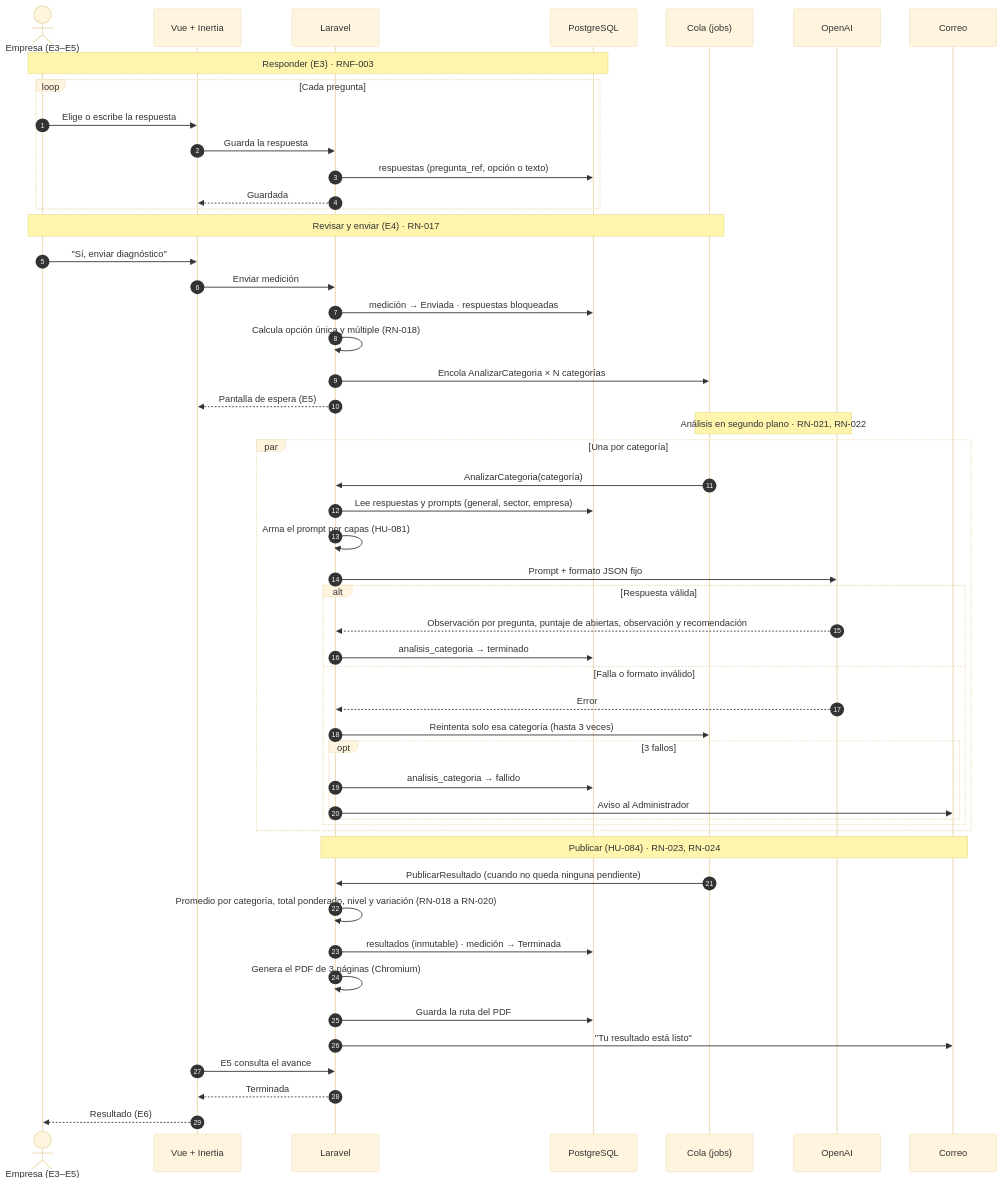
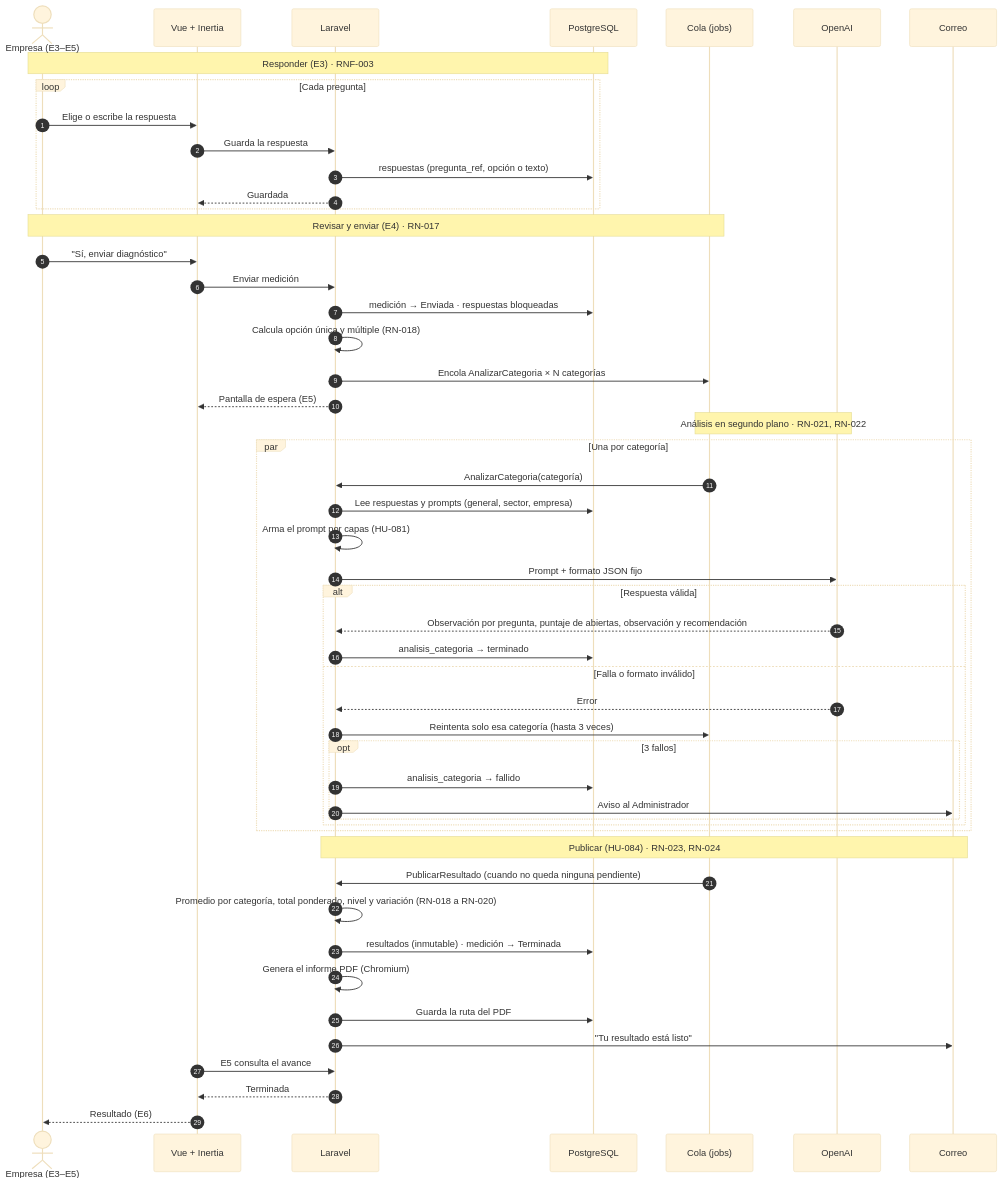
One commit to mensajesfront-commits/DiagnosTICo changed the first of 5 diagrams in docs/09_FLUJOS_DEL_SISTEMA.md. Above: the diagram before and after it, drawn with Mermaid (base theme). The commit also changed 19 other files, not shown here.

First line of the commit message:
Informe PDF completo y explicado (E10, RN-024)

````diff
--- a/docs/09_FLUJOS_DEL_SISTEMA.md
+++ b/docs/09_FLUJOS_DEL_SISTEMA.md
@@ -11,57 +11,57 @@
 ```mermaid
 sequenceDiagram
     autonumber
     actor E as Empresa (E3–E5)
     participant V as Vue + Inertia
     participant L as Laravel
     participant BD as PostgreSQL
     participant C as Cola (jobs)
     participant IA as OpenAI
     participant M as Correo
 
     Note over E,BD: Responder (E3) · RNF-003
     loop Cada pregunta
         E->>V: Elige o escribe la respuesta
         V->>L: Guarda la respuesta
         L->>BD: respuestas (pregunta_ref, opción o texto)
         L-->>V: Guardada
     end
 
     Note over E,C: Revisar y enviar (E4) · RN-017
     E->>V: "Sí, enviar diagnóstico"
     V->>L: Enviar medición
     L->>BD: medición → Enviada · respuestas bloqueadas
     L->>L: Calcula opción única y múltiple (RN-018)
     L->>C: Encola AnalizarCategoria × N categorías
     L-->>V: Pantalla de espera (E5)
 
     Note over C,IA: Análisis en segundo plano · RN-021, RN-022
     par Una por categoría
         C->>L: AnalizarCategoria(categoría)
         L->>BD: Lee respuestas y prompts (general, sector, empresa)
         L->>L: Arma el prompt por capas (HU-081)
         L->>IA: Prompt + formato JSON fijo
         alt Respuesta válida
             IA-->>L: Observación por pregunta, puntaje de abiertas, observación y recomendación
             L->>BD: analisis_categoria → terminado
         else Falla o formato inválido
             IA-->>L: Error
             L->>C: Reintenta solo esa categoría (hasta 3 veces)
             opt 3 fallos
                 L->>BD: analisis_categoria → fallido
                 L->>M: Aviso al Administrador
             end
         end
     end
 
     Note over L,M: Publicar (HU-084) · RN-023, RN-024
     C->>L: PublicarResultado (cuando no queda ninguna pendiente)
     L->>L: Promedio por categoría, total ponderado, nivel y variación (RN-018 a RN-020)
     L->>BD: resultados (inmutable) · medición → Terminada
-    L->>L: Genera el PDF de 3 páginas (Chromium)
+    L->>L: Genera el informe PDF (Chromium)
     L->>BD: Guarda la ruta del PDF
     L->>M: "Tu resultado está listo"
     V->>L: E5 consulta el avance
     L-->>V: Terminada
     V-->>E: Resultado (E6)
 ```
````
